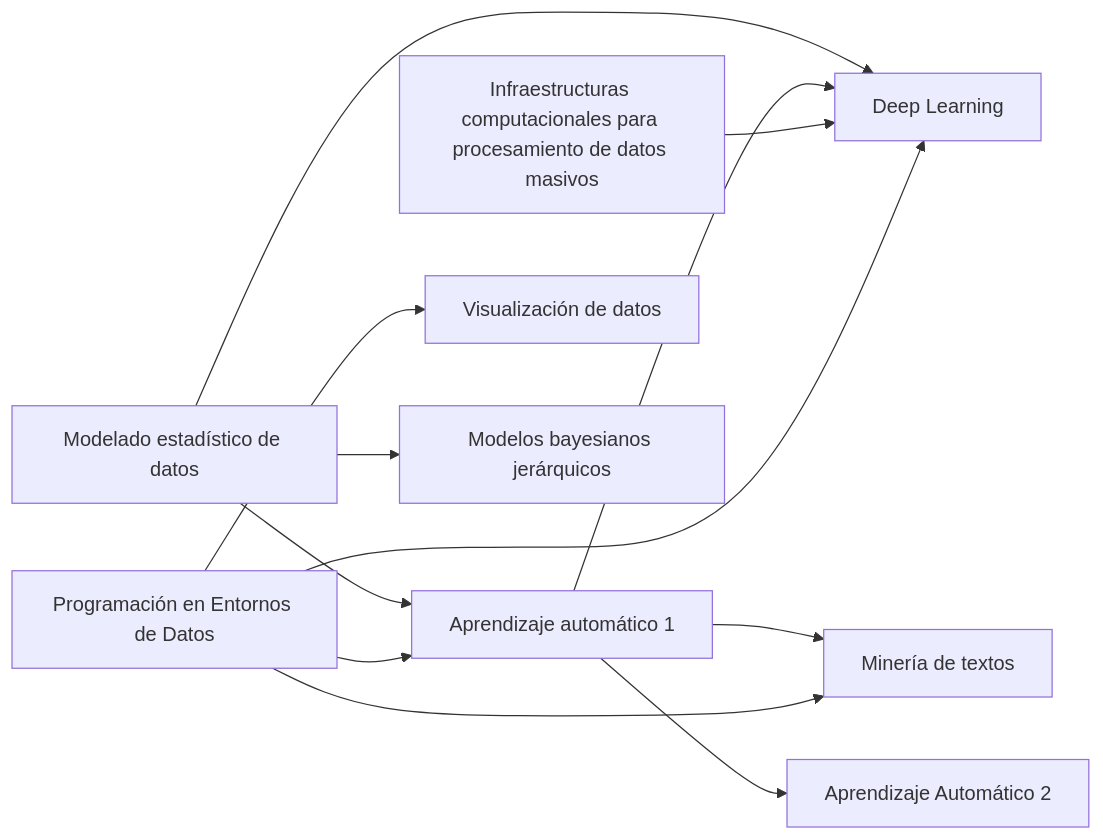
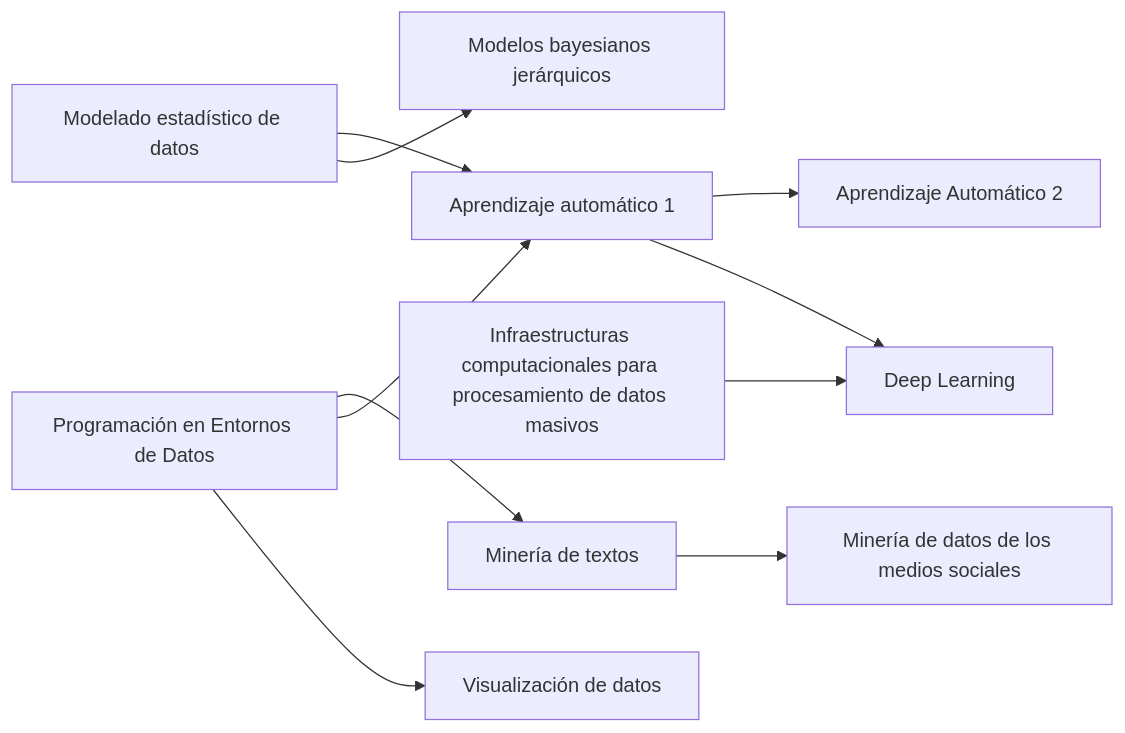
One commit to pmgallardo/apuntes-muicd-uned changed the diagram in master/asig/dependencias_asignaturas.mmd. Above: the diagram before and after it, drawn with Mermaid. The commit also changed 3 other files, not shown here.

```diff
--- a/master/asig/dependencias_asignaturas.mmd
+++ b/master/asig/dependencias_asignaturas.mmd
@@ -1,15 +1,13 @@
-%% SPDX-FileCopyrightText: 2026 Colaboradores de apuntes_muicd_uned
+%% SPDX-FileCopyrightText: 2026 Pablo Gallardo
 %% SPDX-License-Identifier: CC-BY-4.0
 
 graph LR
    31110018[Modelado estadístico de datos] --> 31110037[Aprendizaje automático 1]
-   31110037 --> 31110130[Aprendizaje Automático 2]
-   31110018 --> 31110111[Deep Learning]
-   31110037 --> 31110041[Minería de textos]
-   31110037 --> 31110111
-   31110056[Infraestructuras computacionales para procesamiento de datos masivos] --> 31110111
+   31110018 --> 31110094[Modelos bayesianos jerárquicos]
    31110022[Programación en Entornos de Datos] --> 31110041[Minería de textos]
    31110022 --> 31110037
    31110022 --> 31110060[Visualización de datos]
-   31110022 --> 31110111
-   31110018[Modelado estadístico de datos] --> 31110094[Modelos bayesianos jerárquicos]
+   31110037 --> 31110130[Aprendizaje Automático 2]
+   31110037 --> 31110111[Deep Learning]
+   31110056[Infraestructuras computacionales para procesamiento de datos masivos] --> 31110111
+   31110041 --> 31110107[Minería de datos de los medios sociales]
```
